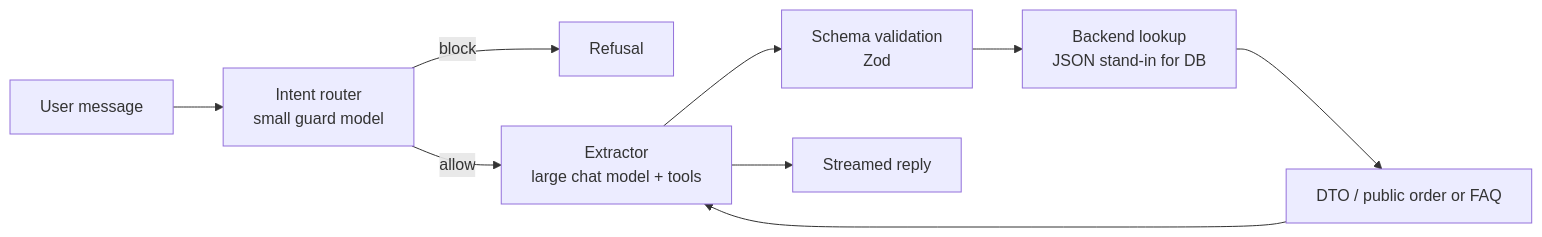
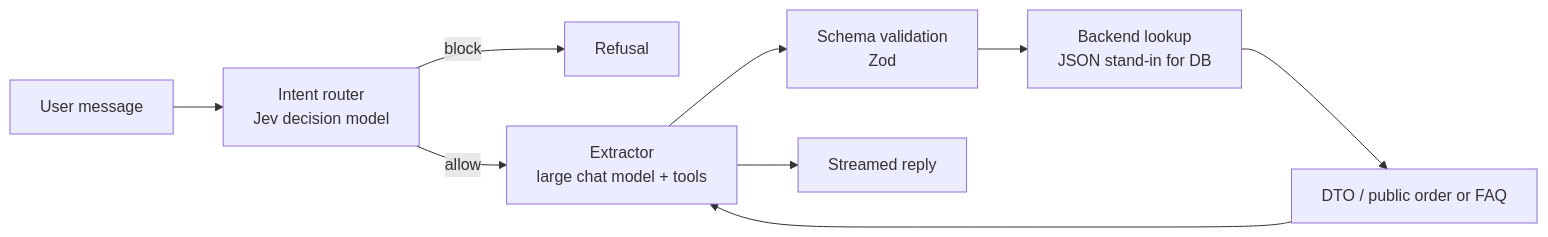
One commit to niklascarlsen/support-bot changed the diagram in README.md. Above: the diagram before and after it, drawn with Mermaid. The commit also changed other lines of this file and 15 other files, not shown here.

First line of the commit message:
Swap the topic guard from a local LLM to Jev

````diff
--- a/README.md
+++ b/README.md
@@ -11,11 +11,11 @@
 ```mermaid
 flowchart LR
-  input[User message] --> guard[Intent router<br/>small guard model]
+  input[User message] --> guard[Intent router<br/>Jev decision model]
   guard -->|block| refusal[Refusal]
   guard -->|allow| chat[Extractor<br/>large chat model + tools]
   chat --> schema[Schema validation<br/>Zod]
   schema --> backend[Backend lookup<br/>JSON stand-in for DB]
   backend --> dto[DTO / public order or FAQ]
   dto --> chat
   chat --> out[Streamed reply]
 ```
````
